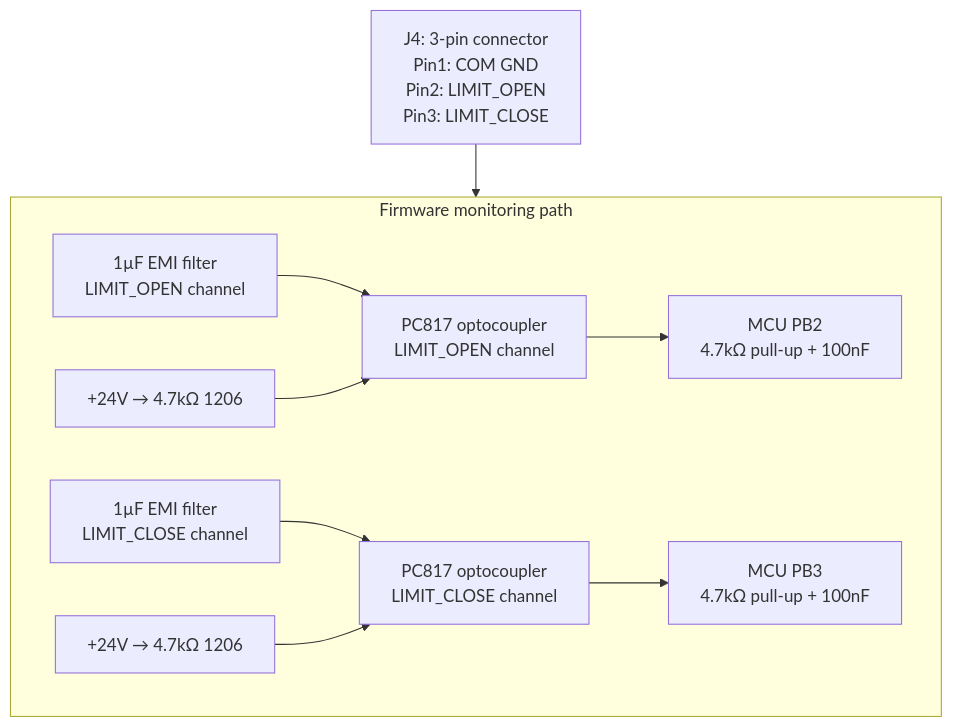
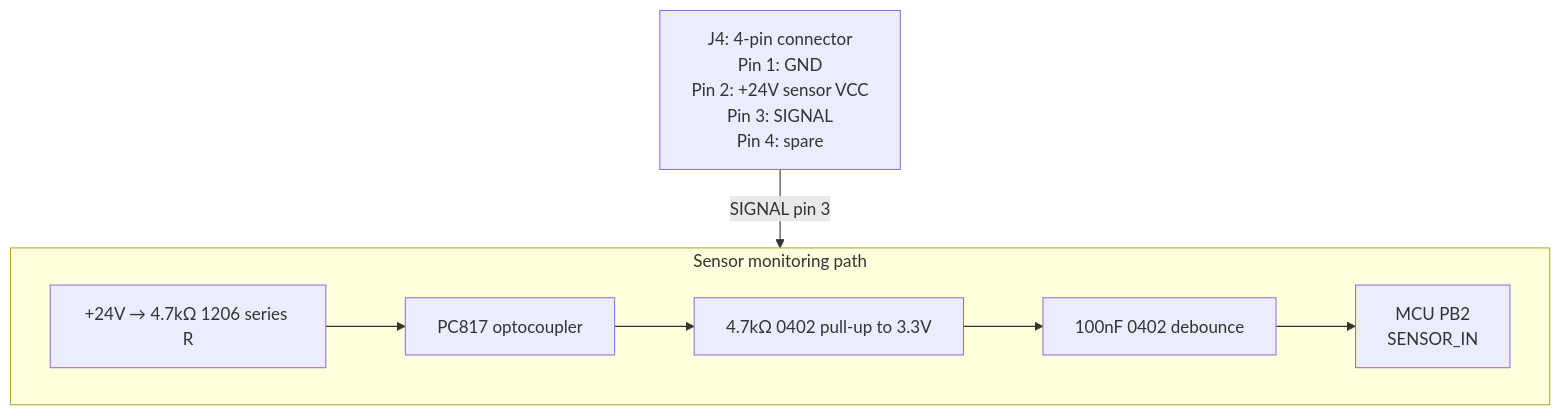
Before and after one commit to gonzafernan/pool-cover-control: the fifth of 9 diagrams in DESIGN.md, drawn with Mermaid. The commit also changed other lines of this file and 2 other files, not shown here.

Commit message:
feat(hardware): add 24 vcc pin to limit switch conn for flexibility

````diff
--- a/DESIGN.md
+++ b/DESIGN.md
@@ -252,19 +252,15 @@
 ```mermaid
 flowchart TB
-    J4["J4: 3-pin connector\nPin1: COM GND\nPin2: LIMIT_OPEN\nPin3: LIMIT_CLOSE"]
+    J4["J4: 4-pin connector\nPin 1: GND\nPin 2: +24V sensor VCC\nPin 3: SIGNAL\nPin 4: spare"]
 
-    subgraph FW["Firmware monitoring path"]
-        EMI_O["1µF EMI filter\nLIMIT_OPEN channel"]
-        EMI_C["1µF EMI filter\nLIMIT_CLOSE channel"]
-        OC_O["PC817 optocoupler\nLIMIT_OPEN channel"]
-        OC_C["PC817 optocoupler\nLIMIT_CLOSE channel"]
-        EMI_O --> OC_O
-        EMI_C --> OC_C
-        P24V_O["+24V → 4.7kΩ 1206"] --> OC_O
-        P24V_C["+24V → 4.7kΩ 1206"] --> OC_C
-        OC_O --> PB2["MCU PB2\n4.7kΩ pull-up + 100nF"]
-        OC_C --> PB3["MCU PB3\n4.7kΩ pull-up + 100nF"]
+    subgraph FW["Sensor monitoring path"]
+        R24V["+24V → 4.7kΩ 1206 series R"]
+        OC["PC817 optocoupler"]
+        PU["4.7kΩ 0402 pull-up to 3.3V"]
+        C["100nF 0402 debounce"]
+        R24V --> OC
+        OC --> PU --> C --> PB2["MCU PB2\nSENSOR_IN"]
     end
 
-    J4 --> FW
+    J4 -- SIGNAL pin 3 --> FW
 ```
````
